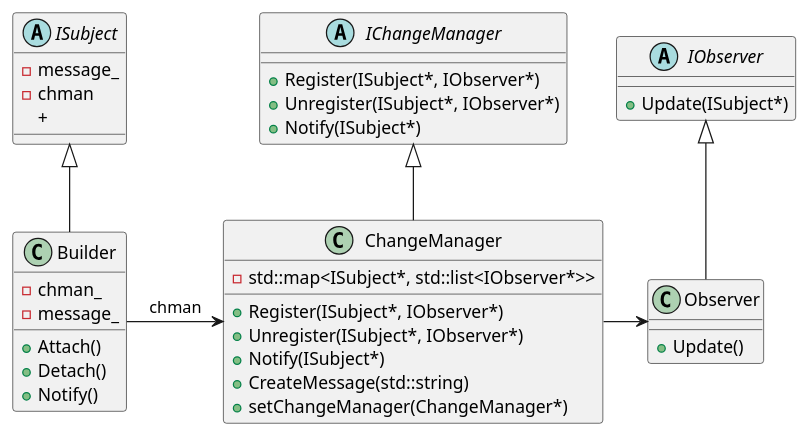
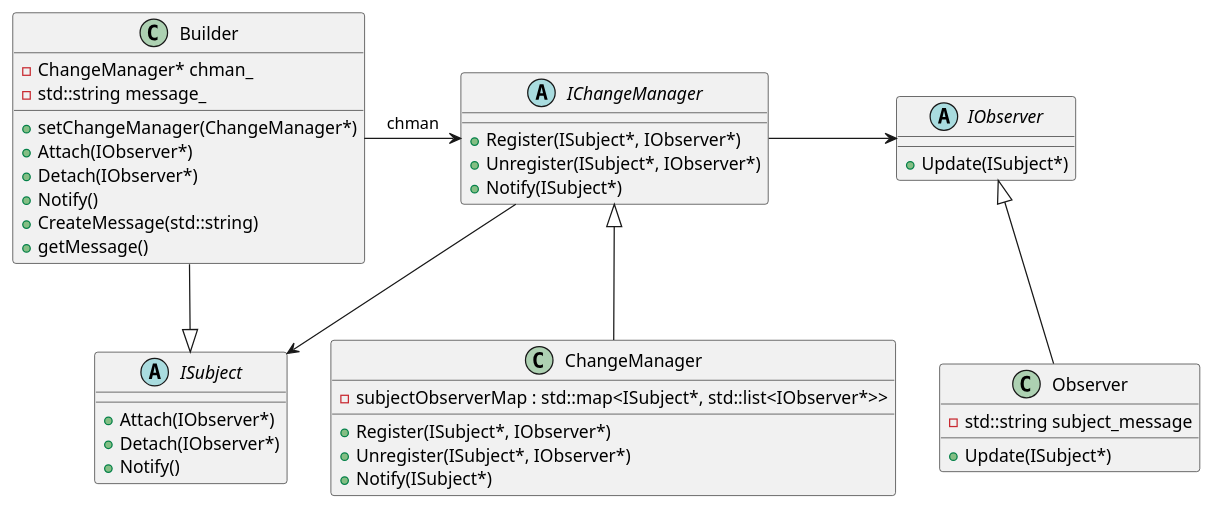
The diagram in uml/observer2.puml (AdamBaumgartner42/patterns_605_707), drawn with PlantUML before and after one commit. The commit also changed 5 other files, not shown here.

```diff
--- a/uml/observer2.puml
+++ b/uml/observer2.puml
@@ -1,55 +1,58 @@
 @startuml
 
 
 abstract class ISubject{
-    - message_
-    - chman
-    +
+    + Attach(IObserver*)
+    + Detach(IObserver*)
+    + Notify()
 }
 
 abstract class IObserver{
     + Update(ISubject*)
 }
 
 abstract class IChangeManager{
     + Register(ISubject*, IObserver*)
     + Unregister(ISubject*, IObserver*)
     + Notify(ISubject*)
 }
 
 
-
 class Builder {
-    - chman_
-    - message_
-
-    + Attach()
-    + Detach()
+    - ChangeManager* chman_
+    - std::string message_
+    + setChangeManager(ChangeManager*)
+    + Attach(IObserver*)
+    + Detach(IObserver*)
     + Notify()
+    + CreateMessage(std::string)
+    + getMessage()
 }
 
 class ChangeManager {
-    - std::map<ISubject*, std::list<IObserver*>>
+    - subjectObserverMap : std::map<ISubject*, std::list<IObserver*>>
     + Register(ISubject*, IObserver*)
     + Unregister(ISubject*, IObserver*)
     + Notify(ISubject*)
-    + CreateMessage(std::string)
-    + setChangeManager(ChangeManager*)
+
+
 }
 
 
 class Observer {
-    +Update()
+    - std::string subject_message
+    + Update(ISubject*)
 }
 
 
 ISubject <|-- Builder
 IObserver <|-- Observer
 IChangeManager <|-- ChangeManager
 
 
-Builder -> ChangeManager : chman
-ChangeManager -> Observer
+Builder -> IChangeManager : chman
+IChangeManager -> IObserver
+IChangeManager -->ISubject
 
 
 @enduml
```
